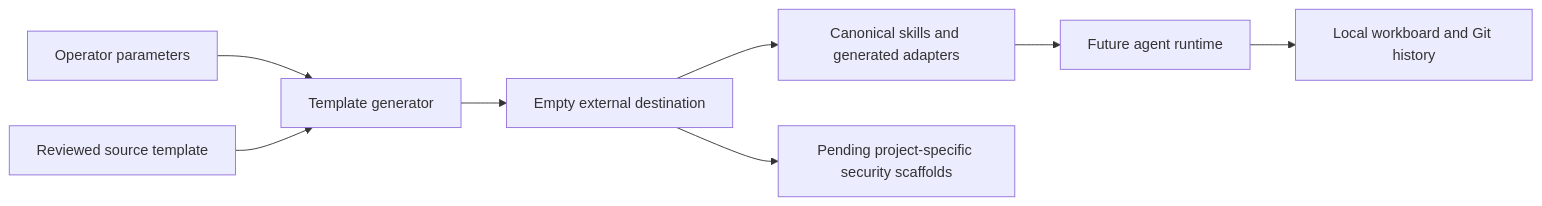
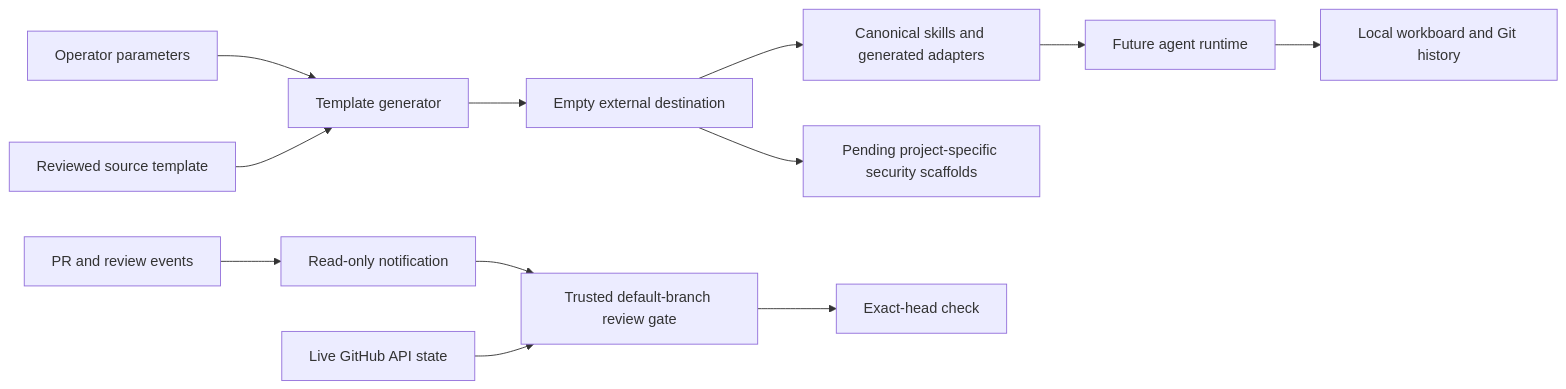
Before and after one commit to sodejm/portable-agent-repository-kit: the diagram in docs/THREAT_MODEL.md, drawn with Mermaid. The commit also changed other lines of this file and 22 other files, not shown here.

````diff
--- a/docs/THREAT_MODEL.md
+++ b/docs/THREAT_MODEL.md
@@ -36,10 +37,14 @@
 ```mermaid
 flowchart LR
   O[Operator parameters] --> G[Template generator]
   T[Reviewed source template] --> G
   G --> D[Empty external destination]
   D --> A[Canonical skills and generated adapters]
   D --> S[Pending project-specific security scaffolds]
   A --> R[Future agent runtime]
   R --> W[Local workboard and Git history]
+  P[PR and review events] --> N[Read-only notification]
+  N --> C[Trusted default-branch review gate]
+  H[Live GitHub API state] --> C
+  C --> X[Exact-head check]
 ```
````
